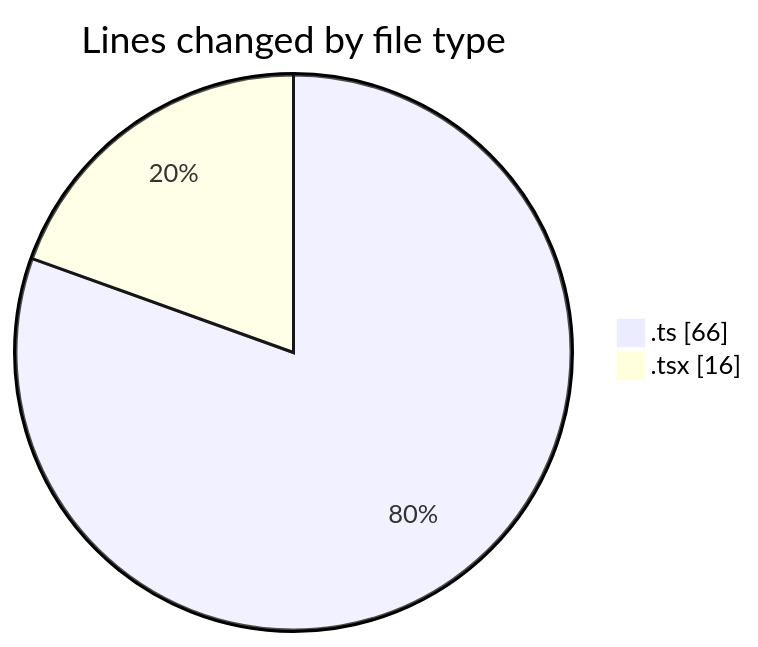
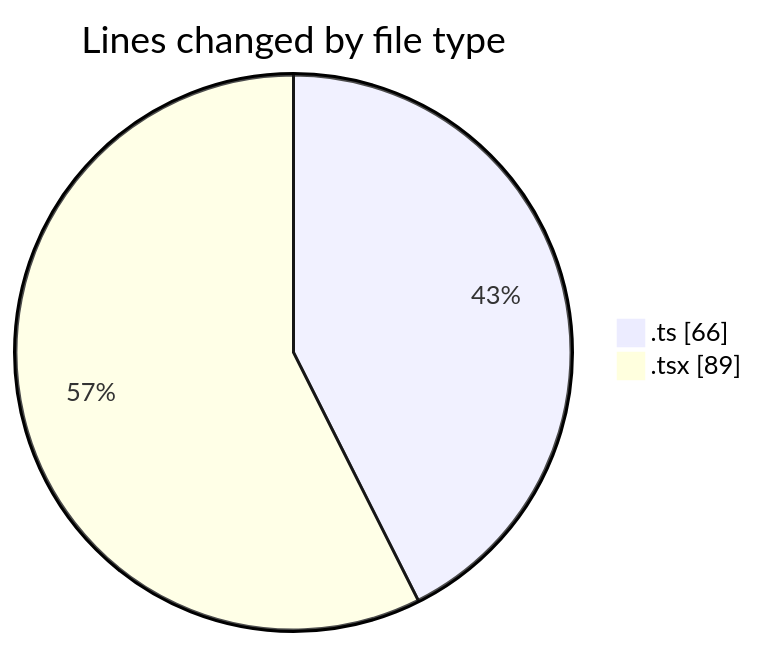
Before and after one commit to momahboobian/code-tracking: the first of 2 diagrams in 2025-09-25/cda/README.md, drawn with Mermaid. The commit also changed other lines of this file and 1 other file, not shown here.

````diff
--- a/2025-09-25/cda/README.md
+++ b/2025-09-25/cda/README.md
@@ -21,6 +22,6 @@
 ```mermaid
 pie showData
 title Lines changed by file type
 ".ts" : 66
-".tsx" : 16
+".tsx" : 89
 ```
````
